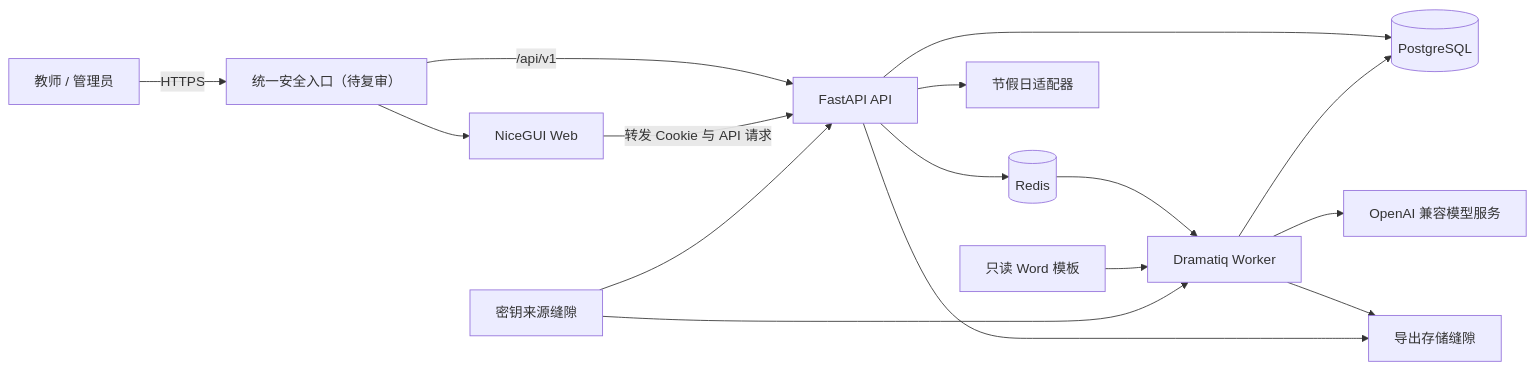
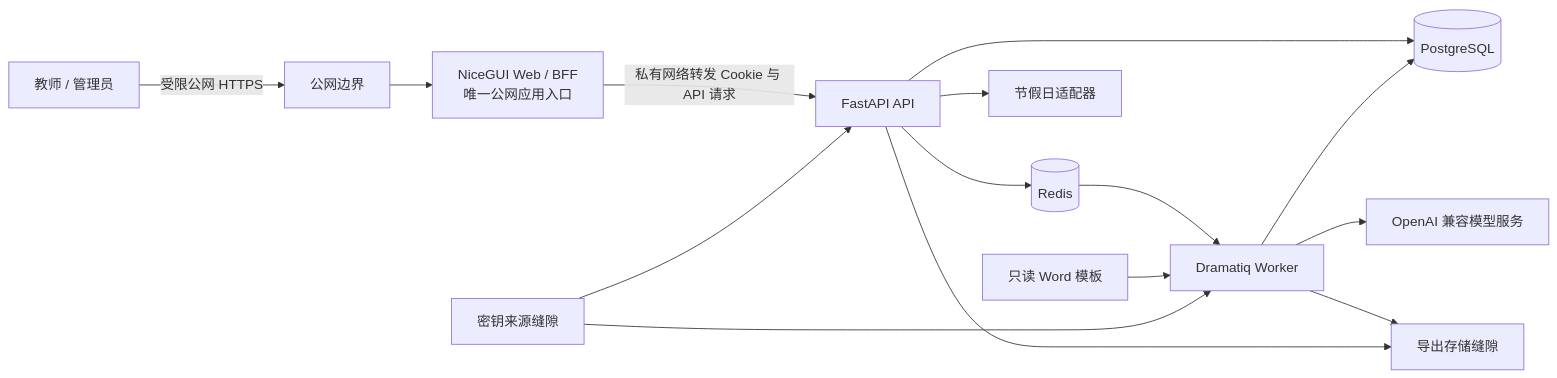
The first of 3 diagrams in docs/design/system-architecture.md (ywyz/child-manager), drawn with Mermaid before and after one commit. The commit also changed other lines of this file and 12 other files, not shown here.

````diff
--- a/docs/design/system-architecture.md
+++ b/docs/design/system-architecture.md
@@ -60,20 +60,19 @@
 ```mermaid
 flowchart LR
-    U[教师 / 管理员] -->|HTTPS| C[统一安全入口（待复审）]
-    C --> W[NiceGUI Web]
-    C -->|/api/v1| A[FastAPI API]
-    W -->|转发 Cookie 与 API 请求| A
+    U[教师 / 管理员] -->|受限公网 HTTPS| E[公网边界]
+    E --> W[NiceGUI Web / BFF<br/>唯一公网应用入口]
+    W -->|私有网络转发 Cookie 与 API 请求| A[FastAPI API]
 
     A --> P[(PostgreSQL)]
     A --> R[(Redis)]
     R --> D[Dramatiq Worker]
     D --> P
     D --> AI[OpenAI 兼容模型服务]
     A --> H[节假日适配器]
 
     D --> V[导出存储缝隙]
     A --> V
     T[只读 Word 模板] --> D
     S[密钥来源缝隙] --> A
     S --> D
 ```
````
